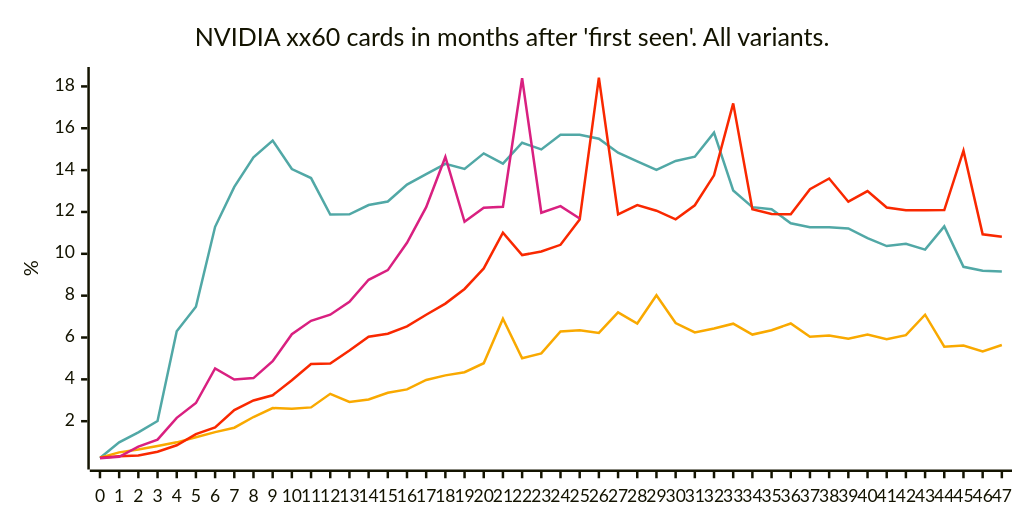
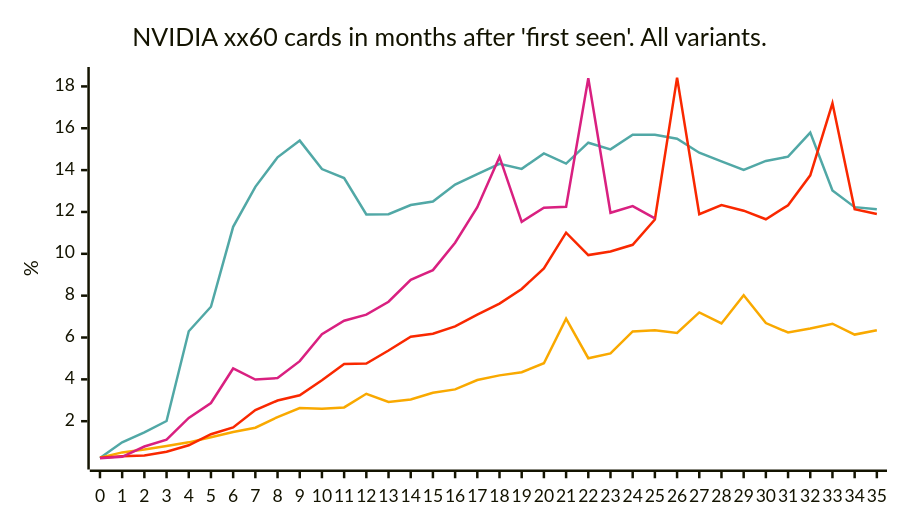
One commit to jdegene/birch-mapping changed the fourth of 4 diagrams in README.md. Above: the diagram before and after it, drawn with Mermaid. The commit also changed other lines of this file, not shown here.

````diff
--- a/README.md
+++ b/README.md
@@ -96,24 +96,24 @@
 ```mermaid
 ---
 config:
     xyChart:
-        width: 800
+        width: 700
         height: 400
         
     themeVariables:
         xyChart:
             plotColorPalette: "#51a8a6,#f9a900,#f92800,#d92080,#8a52a6"
 
 --- 
 
 
 xychart-beta
     title "NVIDIA xx60 cards in months after 'first seen'. All variants."
-    x-axis[0, 1, 2, 3, 4, 5, 6, 7, 8, 9, 10, 11, 12, 13, 14, 15, 16, 17, 18, 19, 20, 21, 22, 23, 24, 25, 26, 27, 28, 29, 30, 31, 32, 33, 34, 35, 36, 37, 38, 39, 40, 41, 42, 43, 44, 45, 46, 47]
+    x-axis[0, 1, 2, 3, 4, 5, 6, 7, 8, 9, 10, 11, 12, 13, 14, 15, 16, 17, 18, 19, 20, 21, 22, 23, 24, 25, 26, 27, 28, 29, 30, 31, 32, 33, 34, 35]
     y-axis "%" 
-    line [0.24, 0.9900000000000001, 1.47, 2.01, 6.3, 7.470000000000001, 11.29, 13.200000000000001, 14.610000000000001, 15.409999999999998, 14.05, 13.62, 11.88, 11.89, 12.33, 12.5, 13.309999999999999, 13.81, 14.299999999999999, 14.06, 14.799999999999999, 14.31, 15.310000000000002, 14.99, 15.690000000000001, 15.690000000000001, 15.5, 14.829999999999998, 14.42, 14.01, 14.44, 14.64, 15.790000000000001, 13.03, 12.23, 12.13, 11.459999999999999, 11.27, 11.27, 11.21, 10.75, 10.37, 10.48, 10.2, 11.31, 9.379999999999999, 9.19, 9.15]
-    line [0.26, 0.51, 0.65, 0.8200000000000001, 0.9900000000000001, 1.23, 1.48, 1.6900000000000002, 2.1999999999999997, 2.63, 2.6, 2.66, 3.3099999999999996, 2.9200000000000004, 3.0400000000000005, 3.36, 3.52, 3.9699999999999998, 4.19, 4.34, 4.77, 6.9, 5.01, 5.24, 6.29, 6.35, 6.220000000000001, 7.199999999999999, 6.67, 8.020000000000001, 6.69, 6.24, 6.43, 6.659999999999999, 6.140000000000001, 6.35, 6.670000000000001, 6.039999999999999, 6.1, 5.94, 6.14, 5.92, 6.11, 7.089999999999999, 5.56, 5.62, 5.33, 5.64]
-    line [0.25, 0.33, 0.36, 0.54, 0.8500000000000001, 1.38, 1.7000000000000002, 2.53, 2.9899999999999998, 3.2399999999999998, 3.9600000000000004, 4.7299999999999995, 4.760000000000001, 5.38, 6.039999999999999, 6.18, 6.529999999999999, 7.089999999999999, 7.62, 8.32, 9.3, 11.01, 9.94, 10.11, 10.43, 11.64, 18.42, 11.89, 12.33, 12.06, 11.649999999999999, 12.32, 13.750000000000002, 17.19, 12.129999999999999, 11.899999999999999, 11.89, 13.089999999999998, 13.600000000000001, 12.490000000000002, 13.0, 12.21, 12.08, 12.08, 12.09, 14.93, 10.93, 10.82]
+    line [0.24, 0.9900000000000001, 1.47, 2.01, 6.3, 7.470000000000001, 11.29, 13.200000000000001, 14.610000000000001, 15.409999999999998, 14.05, 13.62, 11.88, 11.89, 12.33, 12.5, 13.309999999999999, 13.81, 14.299999999999999, 14.06, 14.799999999999999, 14.31, 15.310000000000002, 14.99, 15.690000000000001, 15.690000000000001, 15.5, 14.829999999999998, 14.42, 14.01, 14.44, 14.64, 15.790000000000001, 13.03, 12.23, 12.13]
+    line [0.26, 0.51, 0.65, 0.8200000000000001, 0.9900000000000001, 1.23, 1.48, 1.6900000000000002, 2.1999999999999997, 2.63, 2.6, 2.66, 3.3099999999999996, 2.9200000000000004, 3.0400000000000005, 3.36, 3.52, 3.9699999999999998, 4.19, 4.34, 4.77, 6.9, 5.01, 5.24, 6.29, 6.35, 6.220000000000001, 7.199999999999999, 6.67, 8.020000000000001, 6.69, 6.24, 6.43, 6.659999999999999, 6.140000000000001, 6.35]
+    line [0.25, 0.33, 0.36, 0.54, 0.8500000000000001, 1.38, 1.7000000000000002, 2.53, 2.9899999999999998, 3.2399999999999998, 3.9600000000000004, 4.7299999999999995, 4.760000000000001, 5.38, 6.039999999999999, 6.18, 6.529999999999999, 7.089999999999999, 7.62, 8.32, 9.3, 11.01, 9.94, 10.11, 10.43, 11.64, 18.42, 11.89, 12.33, 12.06, 11.649999999999999, 12.32, 13.750000000000002, 17.19, 12.129999999999999, 11.899999999999999]
     line [0.22999999999999998, 0.3, 0.79, 1.1199999999999999, 2.16, 2.87, 4.5200000000000005, 3.9900000000000007, 4.06, 4.87, 6.16, 6.800000000000001, 7.090000000000001, 7.71, 8.76, 9.22, 10.530000000000001, 12.229999999999999, 14.629999999999999, 11.530000000000001, 12.2, 12.25, 18.39, 11.959999999999999, 12.28, 11.690000000000001]
     line [0.2]
 ``` 
````
